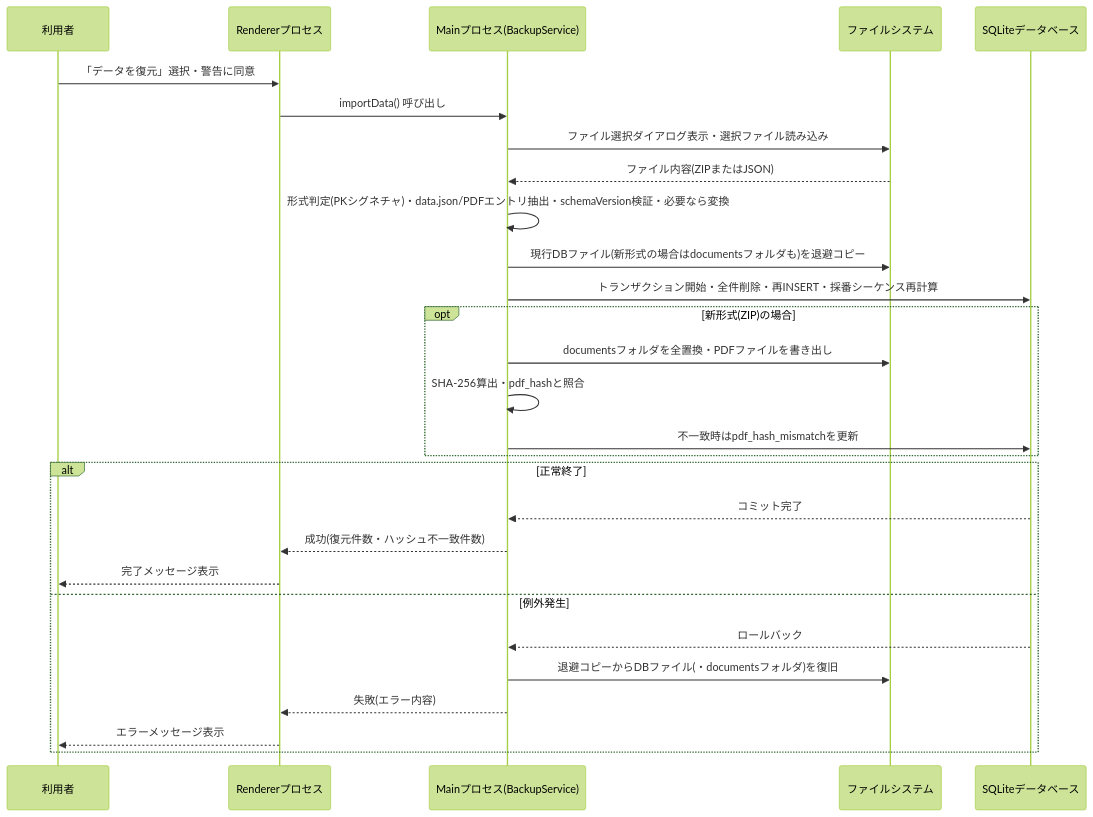
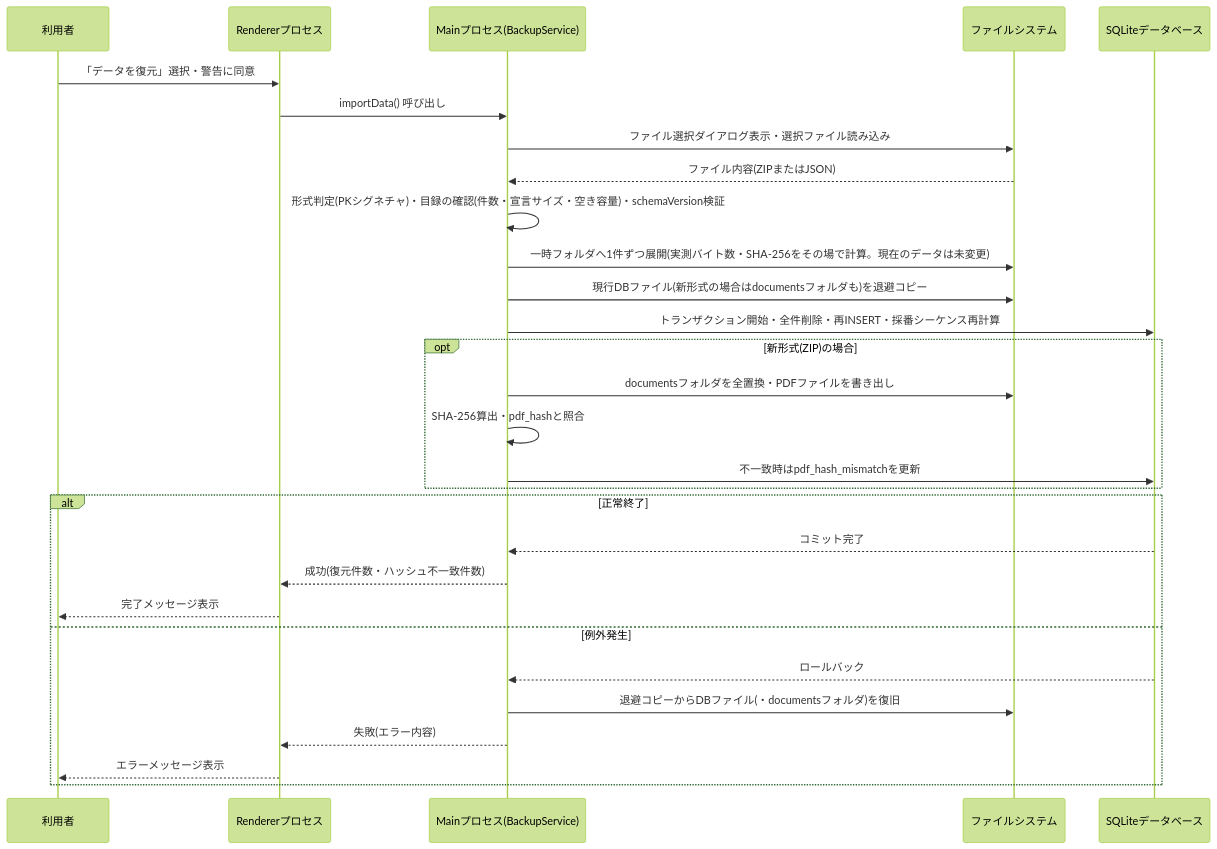
The first of 7 diagrams in docs/03_architect/詳細設計書.md (eiai00000001-cell/jimu-hub), drawn with Mermaid (forest theme) before and after one commit. The commit also changed other lines of this file and 52 other files, not shown here.

````diff
--- a/docs/03_architect/詳細設計書.md
+++ b/docs/03_architect/詳細設計書.md
@@ -571,31 +715,32 @@
 ```mermaid
 sequenceDiagram
     participant User as 利用者
     participant Renderer as Rendererプロセス
     participant Main as Mainプロセス(BackupService)
     participant FS as ファイルシステム
     participant DB as SQLiteデータベース
 
     User->>Renderer: 「データを復元」選択・警告に同意
     Renderer->>Main: importData() 呼び出し
     Main->>FS: ファイル選択ダイアログ表示・選択ファイル読み込み
     FS-->>Main: ファイル内容(ZIPまたはJSON)
-    Main->>Main: 形式判定(PKシグネチャ)・data.json/PDFエントリ抽出・schemaVersion検証・必要なら変換
+    Main->>Main: 形式判定(PKシグネチャ)・目録の確認(件数・宣言サイズ・空き容量)・schemaVersion検証
+    Main->>FS: 一時フォルダへ1件ずつ展開(実測バイト数・SHA-256をその場で計算。現在のデータは未変更)
     Main->>FS: 現行DBファイル(新形式の場合はdocumentsフォルダも)を退避コピー
     Main->>DB: トランザクション開始・全件削除・再INSERT・採番シーケンス再計算
     opt 新形式(ZIP)の場合
         Main->>FS: documentsフォルダを全置換・PDFファイルを書き出し
         Main->>Main: SHA-256算出・pdf_hashと照合
         Main->>DB: 不一致時はpdf_hash_mismatchを更新
     end
     alt 正常終了
         DB-->>Main: コミット完了
         Main-->>Renderer: 成功(復元件数・ハッシュ不一致件数)
         Renderer-->>User: 完了メッセージ表示
     else 例外発生
         DB-->>Main: ロールバック
         Main->>FS: 退避コピーからDBファイル(・documentsフォルダ)を復旧
         Main-->>Renderer: 失敗(エラー内容)
         Renderer-->>User: エラーメッセージ表示
     end
 ```
````
